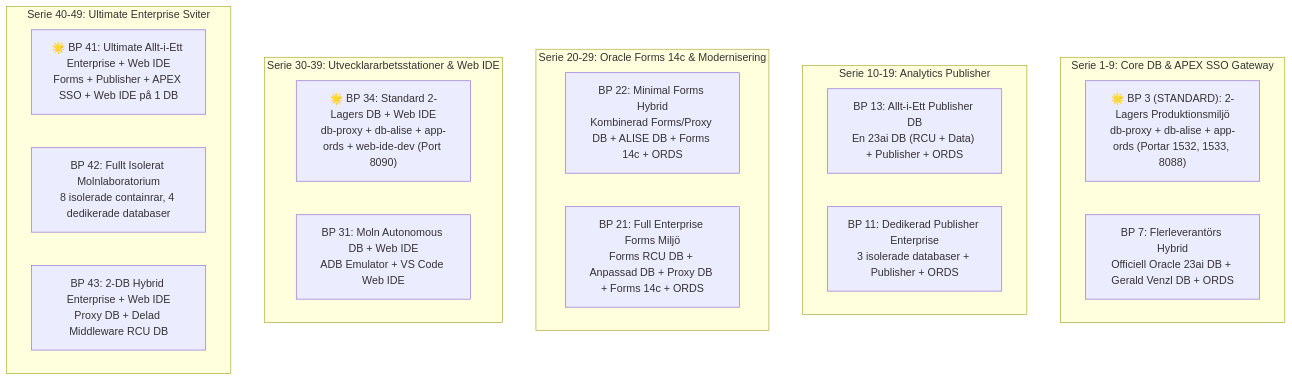
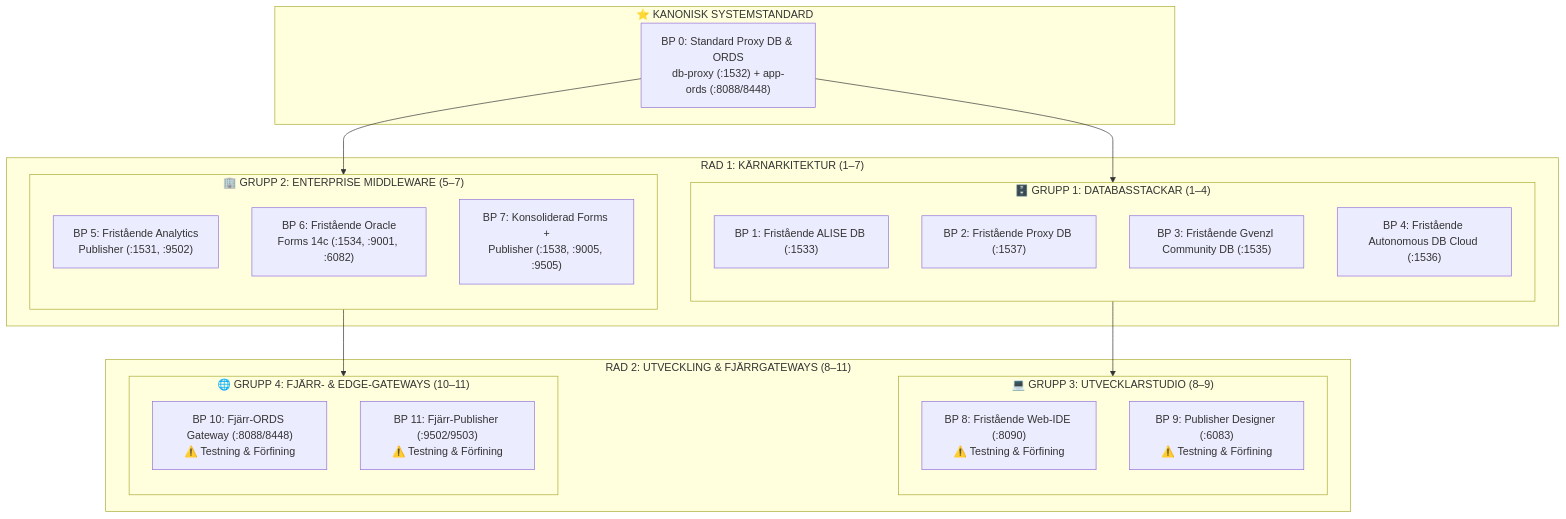
One commit to alahe/oracle-devops-platform changed the second of 2 diagrams in docs/sv/README.md. Above: the diagram before and after it, drawn with Mermaid. The commit also changed other lines of this file and 412 other files, not shown here.

````diff
--- a/docs/sv/README.md
+++ b/docs/sv/README.md
@@ -144,28 +67,42 @@
 ```mermaid
-graph TD
-  subgraph Serie 1-9: Core DB & APEX SSO Gateway
-    BP3["🌟 BP 3 (STANDARD): 2-Lagers Produktionsmiljö<br/>db-proxy + db-alise + app-ords (Portar 1532, 1533, 8088)"]
-    BP7["BP 7: Flerleverantörs Hybrid<br/>Officiell Oracle 23ai DB + Gerald Venzl DB + ORDS"]
-  end
+flowchart TD
+    subgraph Default ["⭐ KANONISK SYSTEMSTANDARD"]
+        BP0["BP 0: Standard Proxy DB & ORDS<br/>db-proxy (:1532) + app-ords (:8088/8448)"]
+    end
 
-  subgraph Serie 10-19: Analytics Publisher
-    BP13["BP 13: Allt-i-Ett Publisher DB<br/>En 23ai DB (RCU + Data) + Publisher + ORDS"]
-    BP11["BP 11: Dedikerad Publisher Enterprise<br/>3 isolerade databaser + Publisher + ORDS"]
-  end
+    subgraph Tier1 ["RAD 1: KÄRNARKITEKTUR (1–7)"]
+        subgraph DatabaseStacks ["🗄️ GRUPP 1: DATABASSTACKAR (1–4)"]
+            direction TB
+            BP1["BP 1: Fristående ALISE DB (:1533)"]
+            BP2["BP 2: Fristående Proxy DB (:1537)"]
+            BP3["BP 3: Fristående Gvenzl Community DB (:1535)"]
+            BP4["BP 4: Fristående Autonomous DB Cloud (:1536)"]
+        end
 
-  subgraph Serie 20-29: Oracle Forms 14c & Modernisering
-    BP22["BP 22: Minimal Forms Hybrid<br/>Kombinerad Forms/Proxy DB + ALISE DB + Forms 14c + ORDS"]
-    BP21["BP 21: Full Enterprise Forms Miljö<br/>Forms RCU DB + Anpassad DB + Proxy DB + Forms 14c + ORDS"]
-  end
+        subgraph Middleware ["🏢 GRUPP 2: ENTERPRISE MIDDLEWARE (5–7)"]
+            direction TB
+            BP5["BP 5: Fristående Analytics<br/>Publisher (:1531, :9502)"]
+            BP6["BP 6: Fristående Oracle<br/>Forms 14c (:1534, :9001, :6082)"]
+            BP7["BP 7: Konsoliderad Forms +<br/>Publisher (:1538, :9005, :9505)"]
+        end
+    end
 
-  subgraph Serie 30-39: Utvecklararbetsstationer & Web IDE
-    BP34["🌟 BP 34: Standard 2-Lagers DB + Web IDE<br/>db-proxy + db-alise + app-ords + web-ide-dev (Port 8090)"]
-    BP31["BP 31: Moln Autonomous DB + Web IDE<br/>ADB Emulator + VS Code Web IDE"]
-  end
+    subgraph Tier2 ["RAD 2: UTVECKLING & FJÄRRGATEWAYS (8–11)"]
+        subgraph DeveloperStudio ["💻 GRUPP 3: UTVECKLARSTUDIO (8–9)"]
+            direction TB
+            BP8["BP 8: Fristående Web-IDE (:8090)<br/>⚠️ Testning & Förfining"]
+            BP9["BP 9: Publisher Designer (:6083)<br/>⚠️ Testning & Förfining"]
+        end
 
-  subgraph Serie 40-49: Ultimate Enterprise Sviter
-    BP41["🌟 BP 41: Ultimate Allt-i-Ett Enterprise + Web IDE<br/>Forms + Publisher + APEX SSO + Web IDE på 1 DB"]
-    BP42["BP 42: Fullt Isolerat Molnlaboratorium<br/>8 isolerade containrar, 4 dedikerade databaser"]
-    BP43["BP 43: 2-DB Hybrid Enterprise + Web IDE<br/>Proxy DB + Delad Middleware RCU DB"]
-  end
+        subgraph RemoteGateways ["🌐 GRUPP 4: FJÄRR- & EDGE-GATEWAYS (10–11)"]
+            direction TB
+            BP10["BP 10: Fjärr-ORDS Gateway (:8088/8448)<br/>⚠️ Testning & Förfining"]
+            BP11["BP 11: Fjärr-Publisher (:9502/9503)<br/>⚠️ Testning & Förfining"]
+        end
+    end
+
+    BP0 --> BP1
+    BP0 --> BP5
+    BP1 --> BP8
+    BP5 --> BP10
 ```
````
